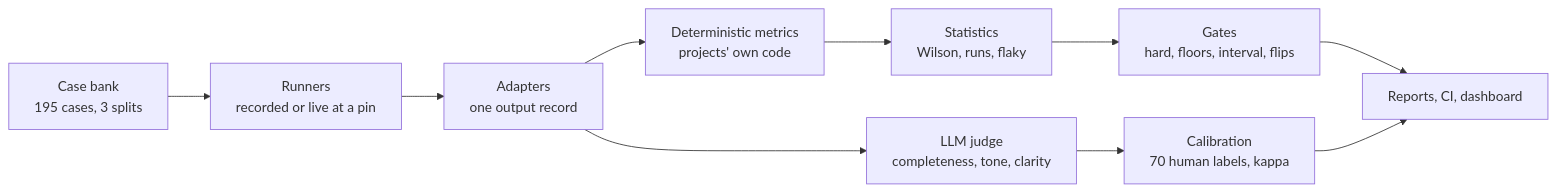
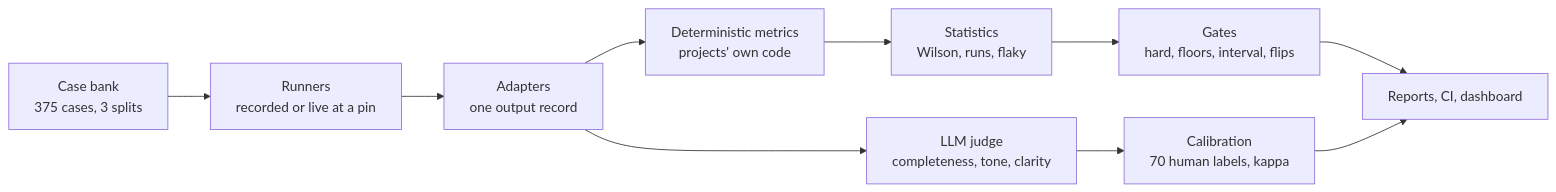
One commit to vamsialladev/eval-harness changed the first of 2 diagrams in README.md. Above: the diagram before and after it, drawn with Mermaid. The commit also changed other lines of this file and 17 other files, not shown here.

````diff
--- a/README.md
+++ b/README.md
@@ -95,12 +95,12 @@
 ```mermaid
 flowchart LR
-    C[Case bank<br/>195 cases, 3 splits] --> R[Runners<br/>recorded or live at a pin]
+    C[Case bank<br/>375 cases, 3 splits] --> R[Runners<br/>recorded or live at a pin]
     R --> A[Adapters<br/>one output record]
     A --> M[Deterministic metrics<br/>projects' own code]
     A --> J[LLM judge<br/>completeness, tone, clarity]
     J --> K[Calibration<br/>70 human labels, kappa]
     M --> S[Statistics<br/>Wilson, runs, flaky]
     S --> G[Gates<br/>hard, floors, interval, flips]
     G --> O[Reports, CI, dashboard]
     K --> O
 ```
````
